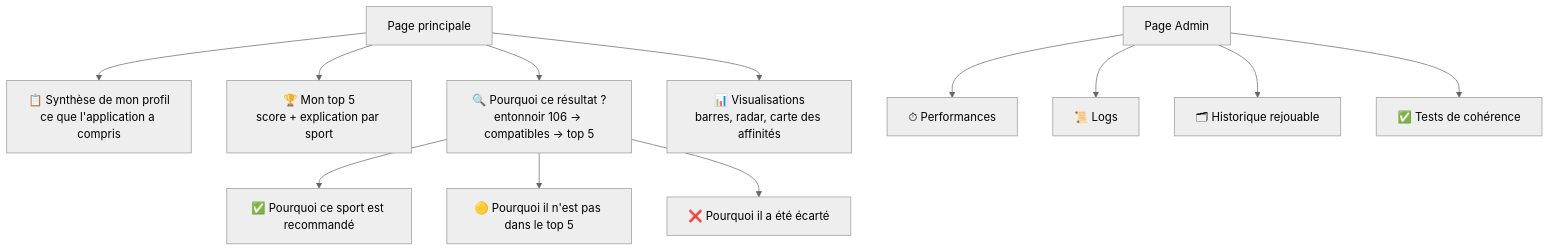
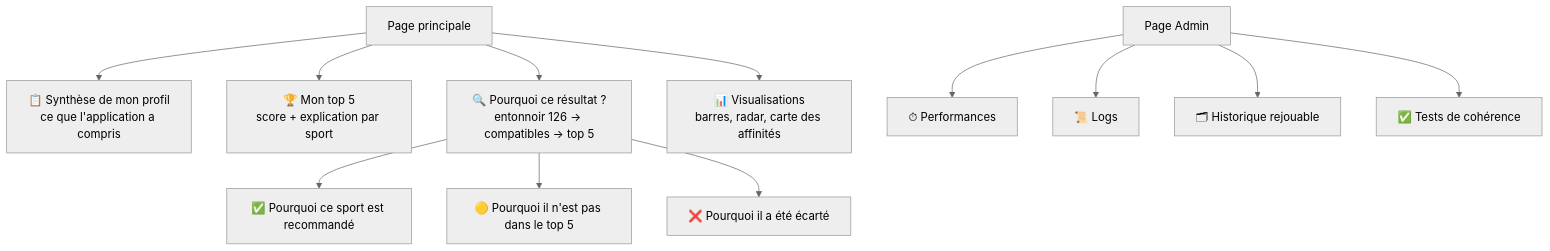
One commit to AntoineLal/ECE-Projet-NLP changed the third of 6 diagrams in README.md. Above: the diagram before and after it, drawn with Mermaid (neutral theme). The commit also changed other lines of this file and 14 other files, not shown here.

````diff
--- a/README.md
+++ b/README.md
@@ -105,14 +106,14 @@
 ```mermaid
 flowchart TB
     P["Page principale"] --> S["📋 Synthèse de mon profil<br/>ce que l'application a compris"]
     P --> T["🏆 Mon top 5<br/>score + explication par sport"]
-    P --> W["🔍 Pourquoi ce résultat ?<br/>entonnoir 106 → compatibles → top 5"]
+    P --> W["🔍 Pourquoi ce résultat ?<br/>entonnoir 126 → compatibles → top 5"]
     P --> V["📊 Visualisations<br/>barres, radar, carte des affinités"]
     W --> W1["✅ Pourquoi ce sport est recommandé"]
     W --> W2["🟡 Pourquoi il n'est pas dans le top 5"]
     W --> W3["❌ Pourquoi il a été écarté"]
     A["Page Admin"] --> A1["⏱ Performances"]
     A --> A2["📜 Logs"]
     A --> A3["🗂 Historique rejouable"]
     A --> A4["✅ Tests de cohérence"]
 ```
````
